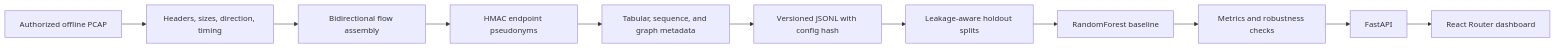
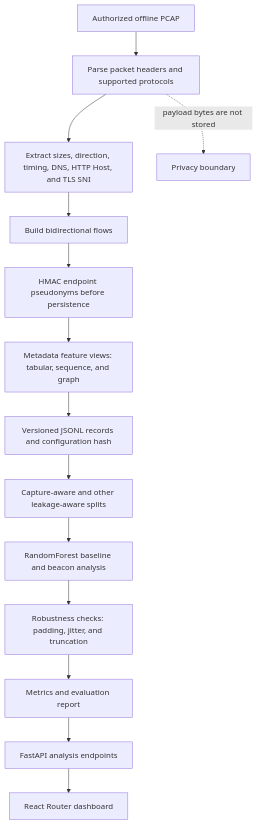
The diagram in README.md (nihalmachhi/CipherScope), drawn with Mermaid before and after one commit.

Commit message:
docs: expand README architecture diagram

````diff
--- a/README.md
+++ b/README.md
@@ -48,13 +48,16 @@
 ```mermaid
-flowchart LR
-  A[Authorized offline PCAP] --> B[Headers, sizes, direction, timing]
-  B --> C[Bidirectional flow assembly]
-  C --> D[HMAC endpoint pseudonyms]
-  D --> E[Tabular, sequence, and graph metadata]
-  E --> F[Versioned JSONL with config hash]
-  F --> G[Leakage-aware holdout splits]
-  G --> H[RandomForest baseline]
-  H --> I[Metrics and robustness checks]
-  I --> J[FastAPI]
-  J --> K[React Router dashboard]
+flowchart TD
+  A[Authorized offline PCAP] --> B[Parse packet headers and supported protocols]
+  B --> C[Extract sizes, direction, timing, DNS, HTTP Host, and TLS SNI]
+  C --> D[Build bidirectional flows]
+  D --> E[HMAC endpoint pseudonyms before persistence]
+  E --> F[Metadata feature views: tabular, sequence, and graph]
+  F --> G[Versioned JSONL records and configuration hash]
+  G --> H[Capture-aware and other leakage-aware splits]
+  H --> I[RandomForest baseline and beacon analysis]
+  I --> J[Robustness checks: padding, jitter, and truncation]
+  J --> K[Metrics and evaluation report]
+  K --> L[FastAPI analysis endpoints]
+  L --> M[React Router dashboard]
+  B -. payload bytes are not stored .-> N[Privacy boundary]
 ```
````
